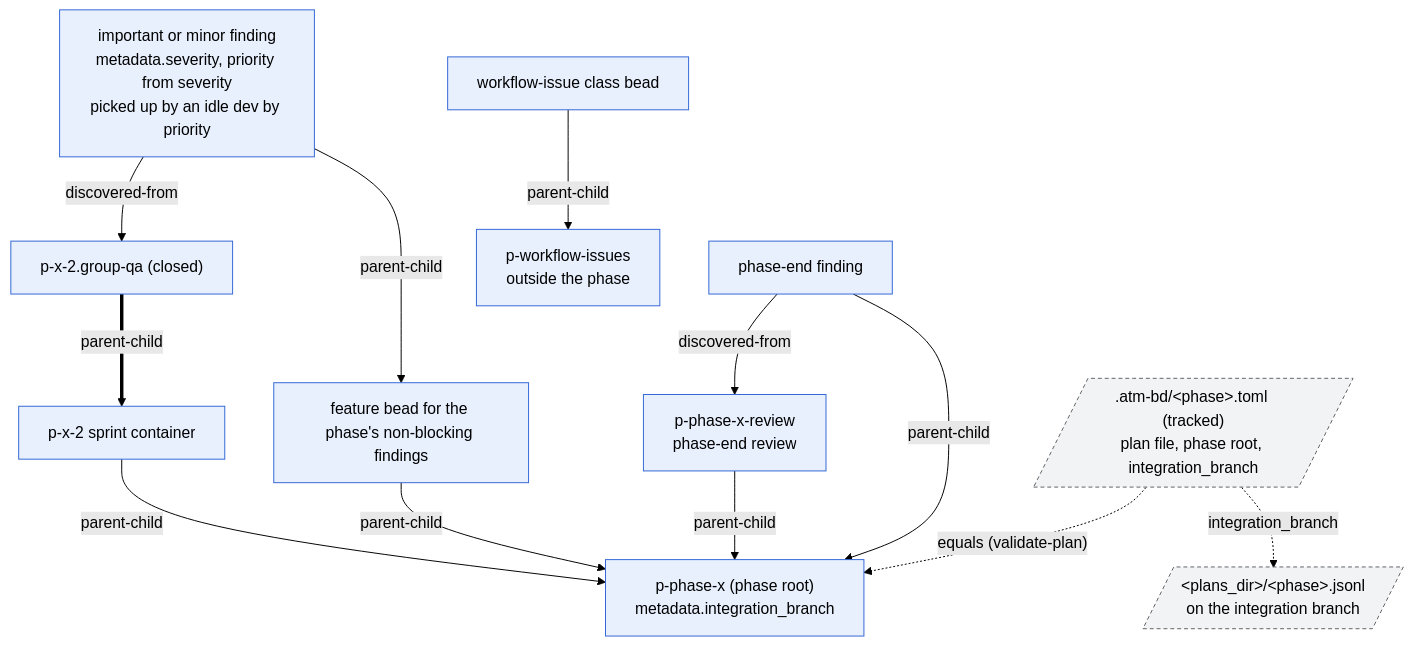
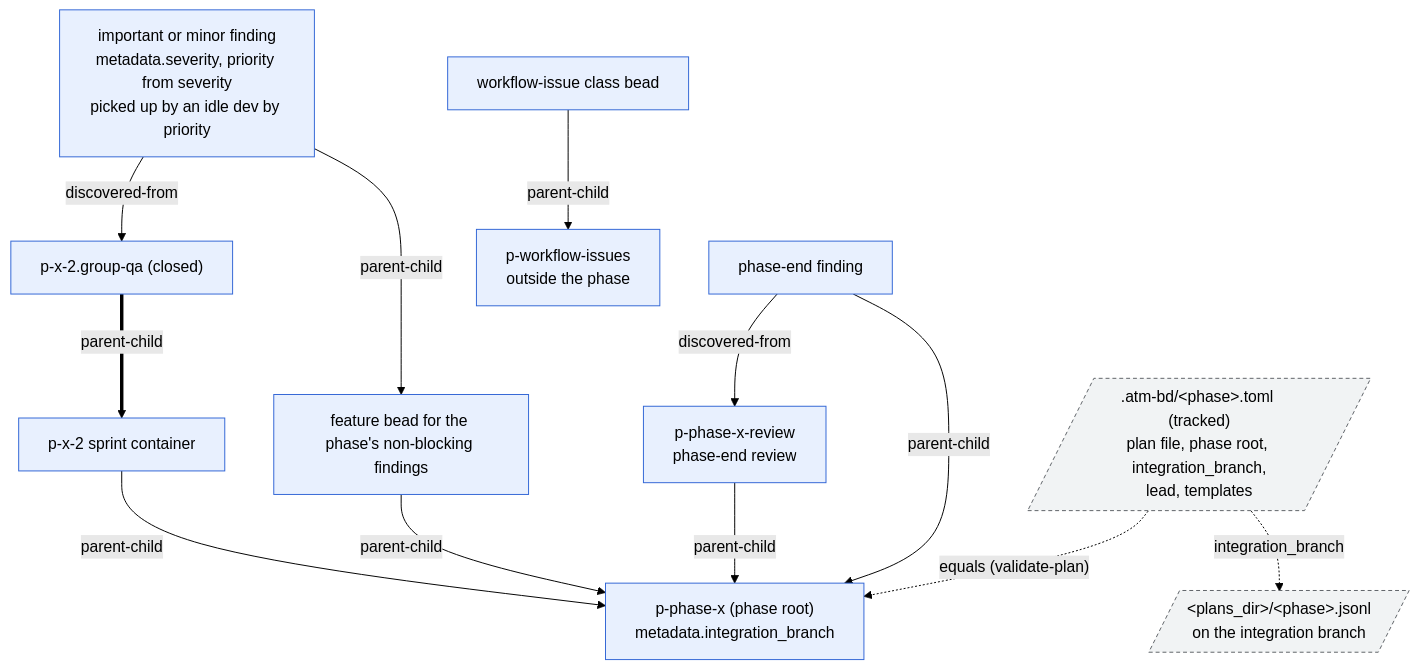
The second of 2 diagrams in docs/diagrams/phase.md (rahul05ranjan/atm-bd-orchestration), drawn with Mermaid (forest theme) before and after one commit. The commit also changed 7 other files, not shown here.

First line of the commit message:
docs(diagrams): close hooks, bd-cache and close fields for 0.19.0

````diff
--- a/docs/diagrams/phase.md
+++ b/docs/diagrams/phase.md
@@ -62,30 +62,30 @@
 ```mermaid
 flowchart TB
   classDef tmpl fill:#e8f0fe,stroke:#3367d6,color:#000
   classDef file fill:#f1f3f4,stroke:#5f6368,stroke-dasharray:4 3,color:#000
 
   ROOT["p-phase-x (phase root)<br/>metadata.integration_branch"]:::tmpl
   SPR["p-x-2 sprint container"]:::tmpl
   QA["p-x-2.group-qa (closed)"]:::tmpl
   FEAT["feature bead for the phase's non-blocking findings"]:::tmpl
   IMP["important or minor finding<br/>metadata.severity, priority from severity<br/>picked up by an idle dev by priority"]:::tmpl
   REV["p-phase-x-review<br/>phase-end review"]:::tmpl
   RF["phase-end finding"]:::tmpl
   WFR["p-workflow-issues<br/>outside the phase"]:::tmpl
   WF["workflow-issue class bead"]:::tmpl
-  TOML[/".atm-bd/#lt;phase#gt;.toml (tracked)<br/>plan file, phase root, integration_branch"/]:::file
+  TOML[/".atm-bd/#lt;phase#gt;.toml (tracked)<br/>plan file, phase root, integration_branch,<br/>lead, templates"/]:::file
   SJ[/"#lt;plans_dir#gt;/#lt;phase#gt;.jsonl<br/>on the integration branch"/]:::file
 
   SPR -->|parent-child| ROOT
   QA ==>|parent-child| SPR
   FEAT -->|parent-child| ROOT
   IMP -->|parent-child| FEAT
   IMP -->|discovered-from| QA
   REV -->|parent-child| ROOT
   RF -->|parent-child| ROOT
   RF -->|discovered-from| REV
   WF -->|parent-child| WFR
 
   TOML -. "equals (validate-plan)" .-> ROOT
   TOML -. "integration_branch" .-> SJ
 ```
````
